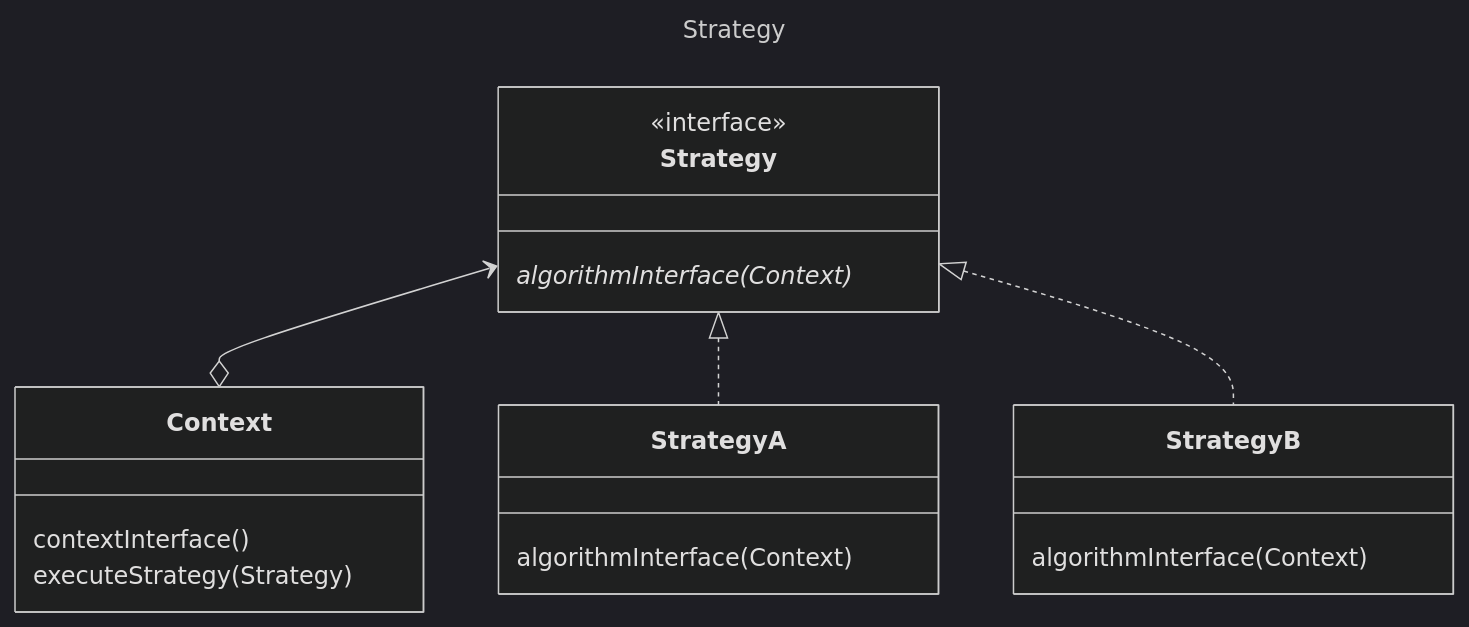
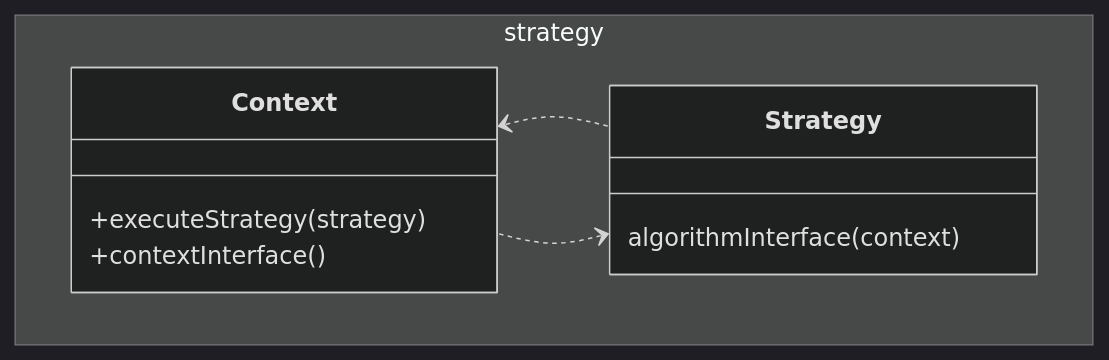
The diagram in src/main/java/org/example/gof/behaviour/strategy/Strategy.md (mtrigueira/JGoF), drawn with Mermaid (dark theme) before and after one commit. The commit also changed other lines of this file and 3 other files, not shown here.

````diff
--- a/src/main/java/org/example/gof/behaviour/strategy/Strategy.md
+++ b/src/main/java/org/example/gof/behaviour/strategy/Strategy.md
@@ -1,24 +5,15 @@
 ```mermaid
----
-title: Strategy
----
 classDiagram
-    class Context {
-        contextInterface()
-        executeStrategy(Strategy)
-    }
-    class Strategy {
-        <<interface>>
-        algorithmInterface(Context)*
-    }
-    class StrategyA {
-        algorithmInterface(Context)
-    }
-    class StrategyB {
-        algorithmInterface(Context)
-    }
+namespace strategy {
+class Context { 
++executeStrategy(strategy)
++contextInterface()
+}
+class Strategy { 
+algorithmInterface(context)
+}
+}
+Context <.. Strategy
+Strategy <.. Context
 
-    Strategy <--o Context
-    Strategy <|.. StrategyA
-    Strategy <|.. StrategyB
 ```
````
